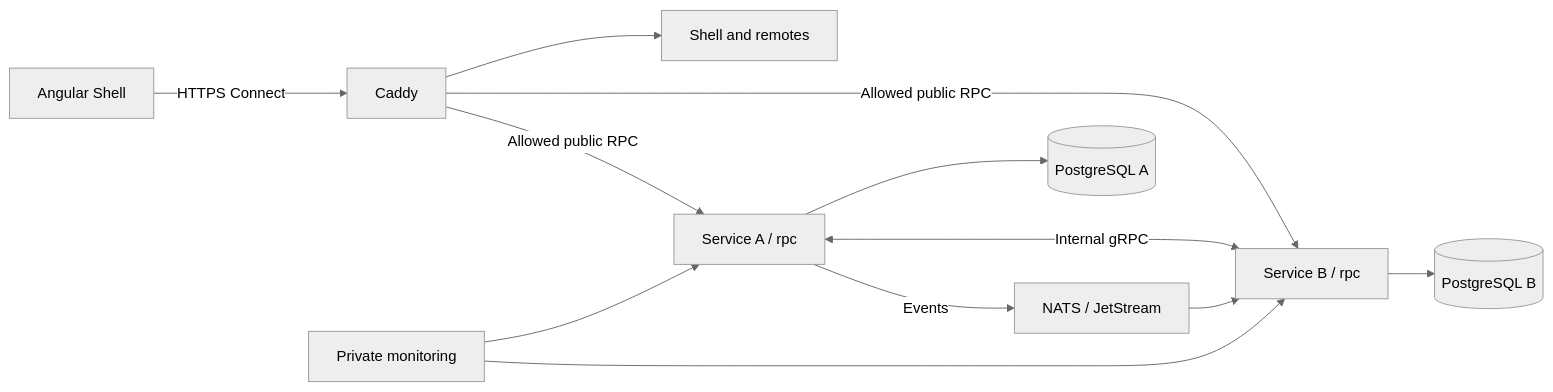
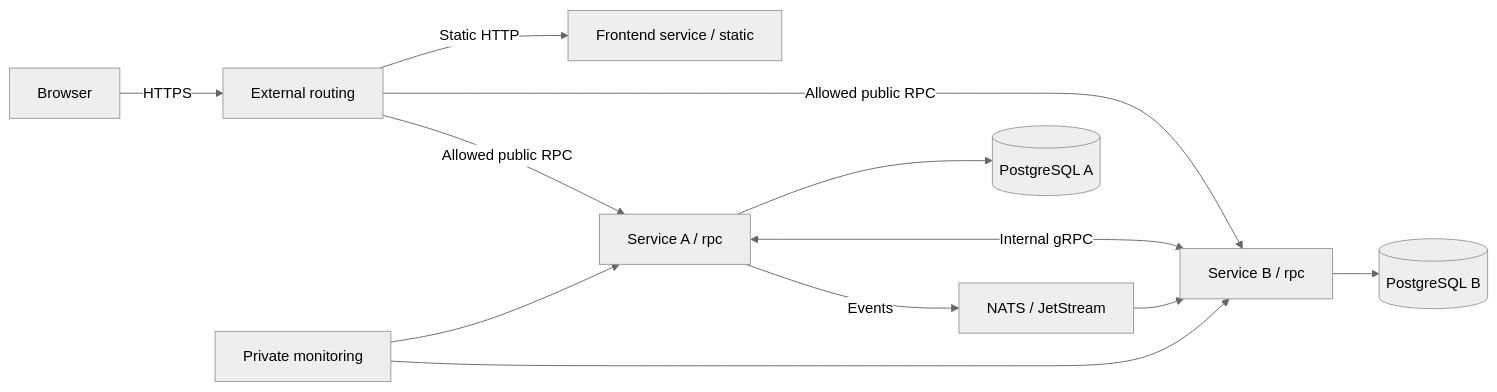
One commit to MrAmperage/ReportBoxBackendCore changed the diagram in docs/architecture.md. Above: the diagram before and after it, drawn with Mermaid (neutral theme). The commit also changed other lines of this file and 39 other files, not shown here.

````diff
--- a/docs/architecture.md
+++ b/docs/architecture.md
@@ -9,14 +9,14 @@
 ```mermaid
 flowchart LR
-    Browser[Angular Shell] -->|HTTPS Connect| Caddy[Caddy]
-    Caddy --> Static[Shell and remotes]
-    Caddy -->|Allowed public RPC| A[Service A / rpc]
-    Caddy -->|Allowed public RPC| B[Service B / rpc]
+    Browser[Browser] -->|HTTPS| Edge[External routing]
+    Edge -->|Static HTTP| Static[Frontend service / static]
+    Edge -->|Allowed public RPC| A[Service A / rpc]
+    Edge -->|Allowed public RPC| B[Service B / rpc]
     A <-->|Internal gRPC| B
     A -->|Events| N[NATS / JetStream]
     N --> B
     A --> DB[(PostgreSQL A)]
     B --> DB2[(PostgreSQL B)]
     Monitoring[Private monitoring] --> A
     Monitoring --> B
 ```
````
